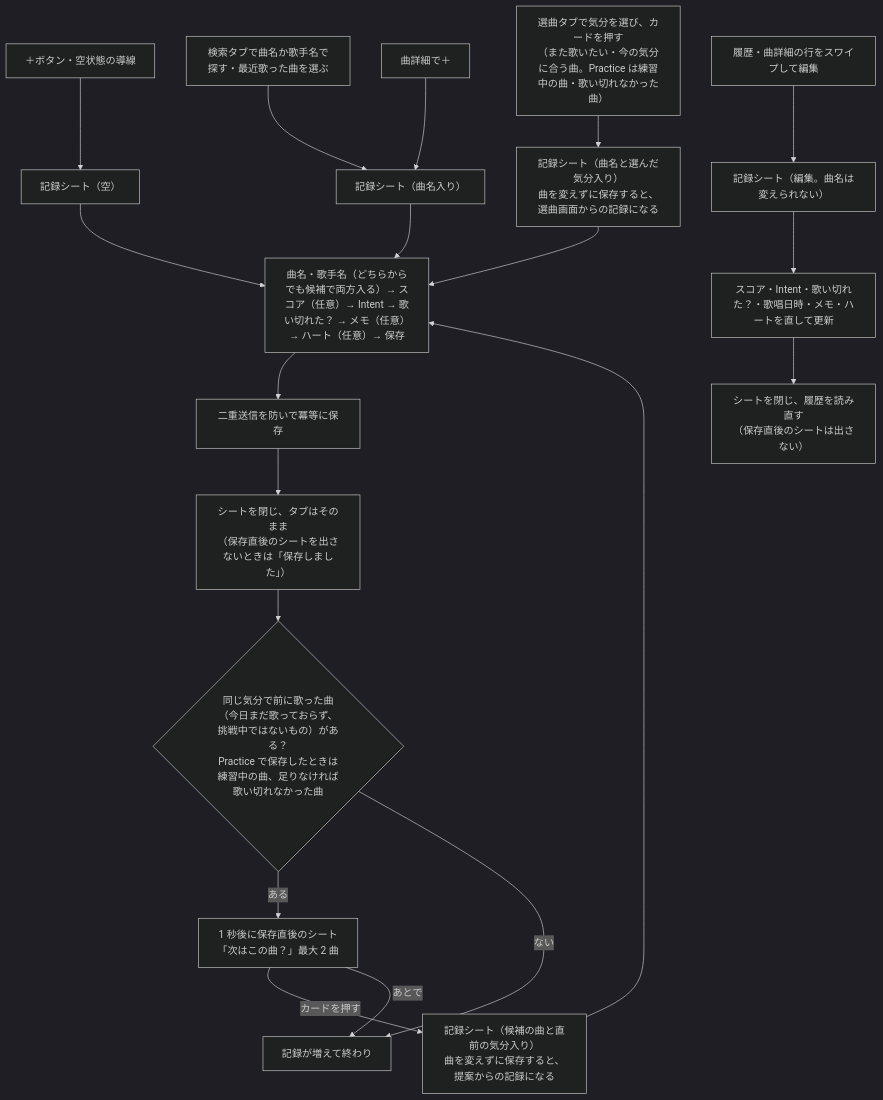
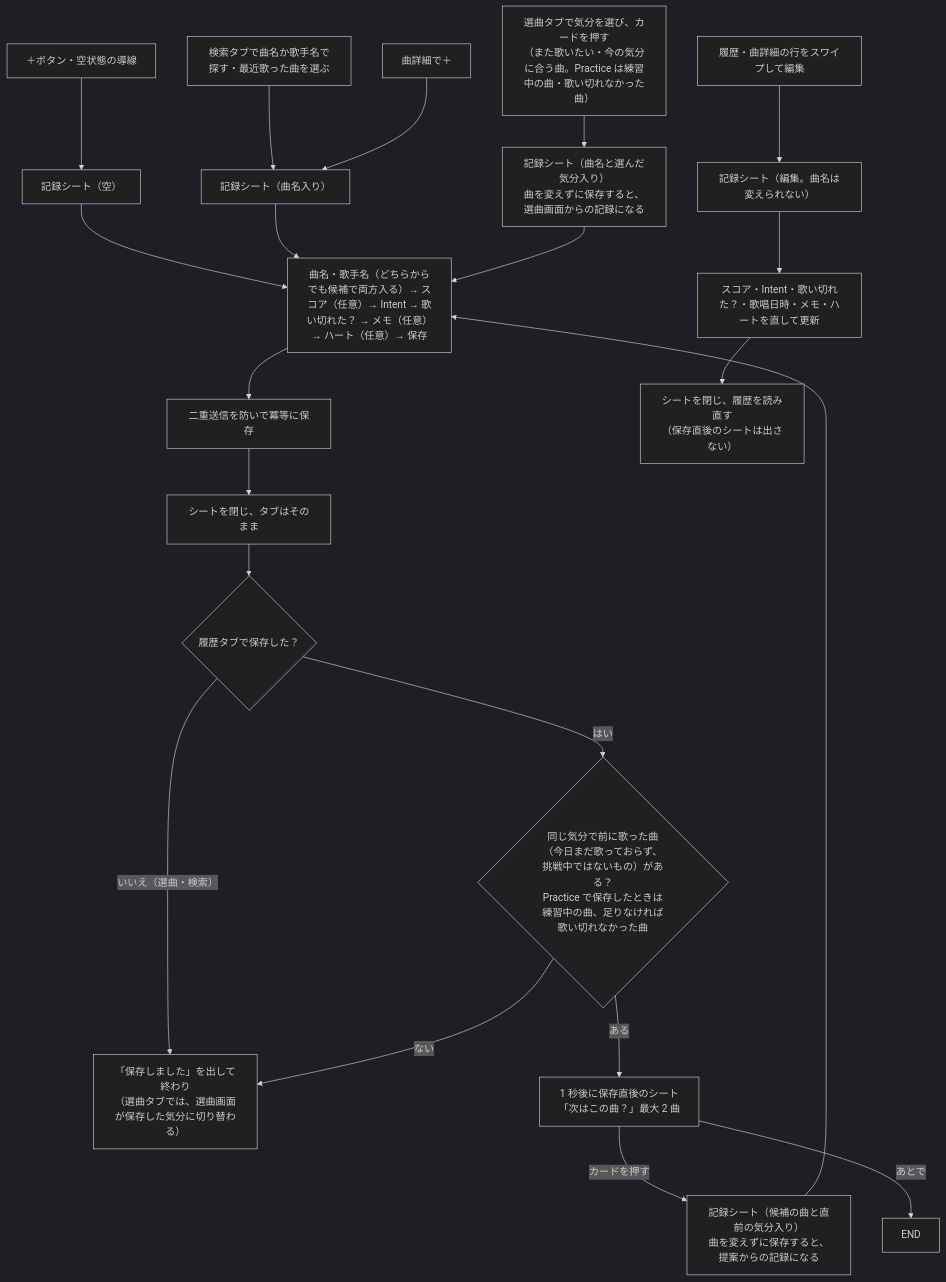
The fourth of 4 diagrams in docs/architecture.md (omomi-moti/Karaoke_support), drawn with Mermaid (dark theme) before and after one commit. The commit also changed other lines of this file and 2 other files, not shown here.

Commit message:
docs: 提案を出すのが履歴タブだけだと、図と ADR の目次に書く

````diff
--- a/docs/architecture.md
+++ b/docs/architecture.md
@@ -224,23 +224,25 @@
 ```mermaid
 flowchart TD
     P["＋ボタン・空状態の導線"] --> S1["記録シート（空）"]
     R["検索タブで曲名か歌手名で探す・最近歌った曲を選ぶ"] --> S2["記録シート（曲名入り）"]
     TD["曲詳細で＋"] --> S2
     SEL["選曲タブで気分を選び、カードを押す<br>（また歌いたい・今の気分に合う曲。Practice は練習中の曲・歌い切れなかった曲）"] --> S5["記録シート（曲名と選んだ気分入り）<br>曲を変えずに保存すると、選曲画面からの記録になる"]
     E["履歴・曲詳細の行をスワイプして編集"] --> S3["記録シート（編集。曲名は変えられない）"]
 
     S1 --> IN["曲名・歌手名（どちらからでも候補で両方入る）→ スコア（任意）→ Intent → 歌い切れた？ → メモ（任意）→ ハート（任意）→ 保存"]
     S2 --> IN
     IN --> SAVE["二重送信を防いで冪等に保存"]
-    SAVE --> CLOSE["シートを閉じ、タブはそのまま<br>（保存直後のシートを出さないときは「保存しました」）"]
-    CLOSE --> Q{"同じ気分で前に歌った曲<br>（今日まだ歌っておらず、挑戦中ではないもの）がある？<br>Practice で保存したときは練習中の曲、足りなければ歌い切れなかった曲"}
+    SAVE --> CLOSE["シートを閉じ、タブはそのまま"]
+    CLOSE --> TAB{"履歴タブで保存した？"}
+    TAB -->|いいえ（選曲・検索）| TOAST["「保存しました」を出して終わり<br>（選曲タブでは、選曲画面が保存した気分に切り替わる）"]
+    TAB -->|はい| Q{"同じ気分で前に歌った曲<br>（今日まだ歌っておらず、挑戦中ではないもの）がある？<br>Practice で保存したときは練習中の曲、足りなければ歌い切れなかった曲"}
     Q -->|ある| AS["1 秒後に保存直後のシート<br>「次はこの曲？」最大 2 曲"]
-    Q -->|ない| END["記録が増えて終わり"]
+    Q -->|ない| TOAST
     AS -->|カードを押す| S4["記録シート（候補の曲と直前の気分入り）<br>曲を変えずに保存すると、提案からの記録になる"]
     AS -->|あとで| END
     S4 --> IN
     S5 --> IN
 
     S3 --> UP["スコア・Intent・歌い切れた？・歌唱日時・メモ・ハートを直して更新"]
     UP --> CLOSE2["シートを閉じ、履歴を読み直す<br>（保存直後のシートは出さない）"]
 ```
````
